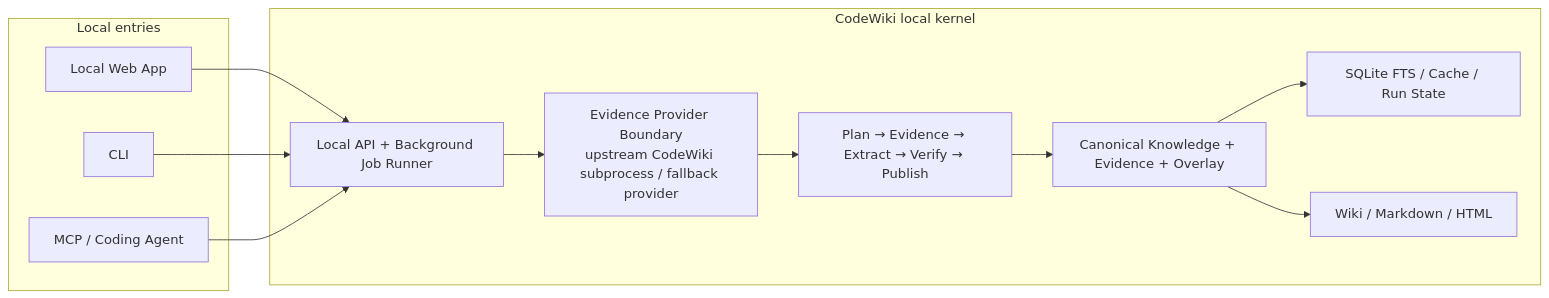
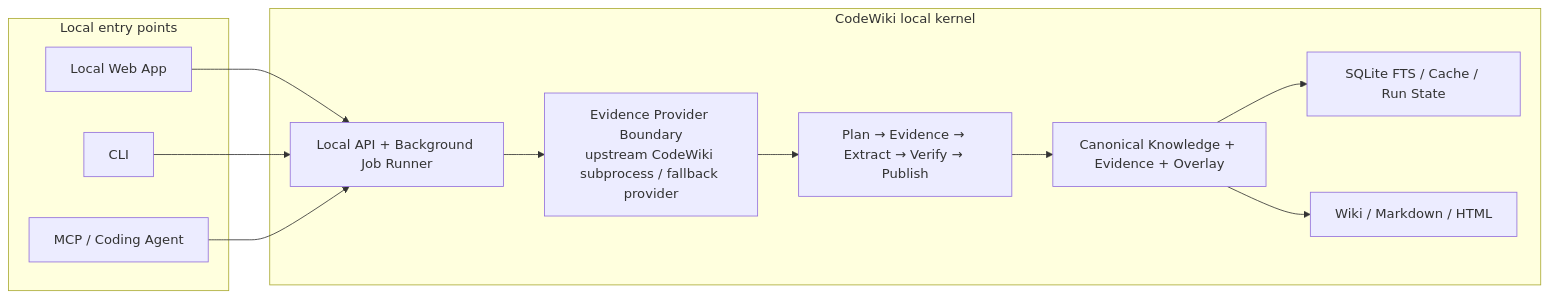
The first of 4 diagrams in README.en.md (davyzhong/CodeWiki), drawn with Mermaid before and after one commit. The commit also changed other lines of this file and 1 other file, not shown here.

````diff
--- a/README.en.md
+++ b/README.en.md
@@ -92,24 +86,24 @@
 ```mermaid
 flowchart LR
-    subgraph ENTRY["Local entries"]
+    subgraph ENTRY["Local entry points"]
         WEB["Local Web App"]
         CLI["CLI"]
         MCP["MCP / Coding Agent"]
     end
 
     subgraph CORE["CodeWiki local kernel"]
         API["Local API + Background Job Runner"]
         PROVIDER["Evidence Provider Boundary<br/>upstream CodeWiki subprocess / fallback provider"]
         PIPELINE["Plan → Evidence → Extract → Verify → Publish"]
         TRUTH["Canonical Knowledge + Evidence + Overlay"]
         INDEX["SQLite FTS / Cache / Run State"]
         EXPORT["Wiki / Markdown / HTML"]
     end
 
     WEB --> API
     CLI --> API
     MCP --> API
     API --> PROVIDER --> PIPELINE --> TRUTH
     TRUTH --> INDEX
     TRUTH --> EXPORT
 ```
````
